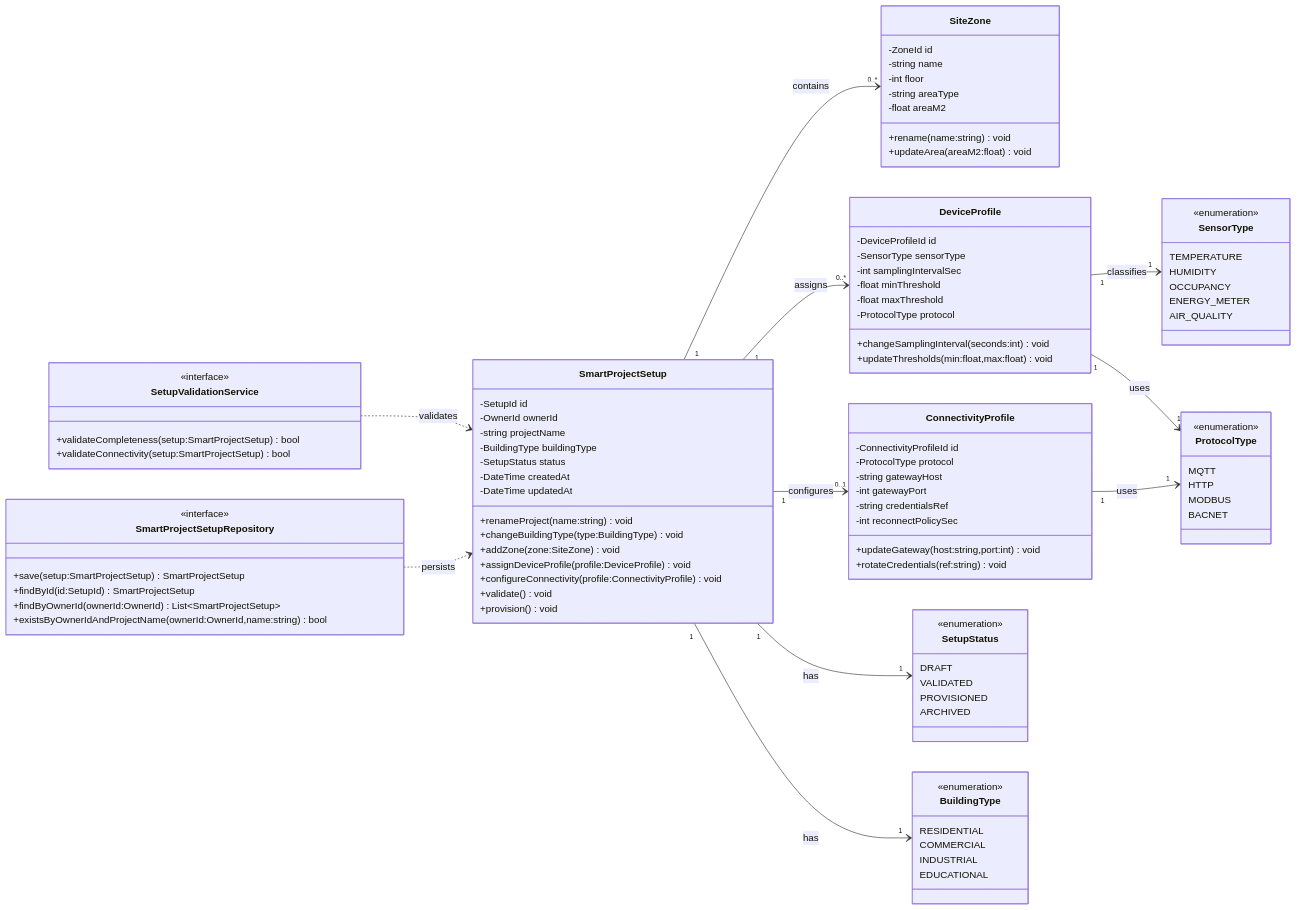
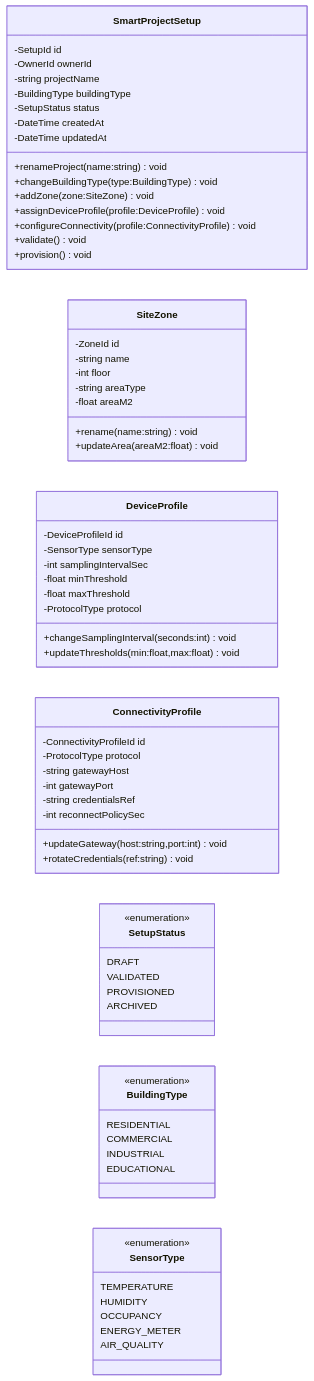
The first of 8 diagrams in README.md (CcaritaTech/Report), drawn with Mermaid before and after one commit. The commit also changed other lines of this file, not shown here.

First line of the commit message:
feat: Embed hidden mermaid + add diagram images

````diff
--- a/README.md
+++ b/README.md
@@ -559,111 +561,78 @@
-```mermaid
-classDiagram
-direction LR
+    ```mermaid
+    classDiagram
+    direction LR
 
-class SmartProjectSetup {
-    -SetupId id
-    -OwnerId ownerId
-    -string projectName
-    -BuildingType buildingType
-    -SetupStatus status
-    -DateTime createdAt
-    -DateTime updatedAt
-    +renameProject(name:string) void
-    +changeBuildingType(type:BuildingType) void
-    +addZone(zone:SiteZone) void
-    +assignDeviceProfile(profile:DeviceProfile) void
-    +configureConnectivity(profile:ConnectivityProfile) void
-    +validate() void
-    +provision() void
-}
+    class SmartProjectSetup {
+        -SetupId id
+        -OwnerId ownerId
+        -string projectName
+        -BuildingType buildingType
+        -SetupStatus status
+        -DateTime createdAt
+        -DateTime updatedAt
+        +renameProject(name:string) void
+        +changeBuildingType(type:BuildingType) void
+        +addZone(zone:SiteZone) void
+        +assignDeviceProfile(profile:DeviceProfile) void
+        +configureConnectivity(profile:ConnectivityProfile) void
+        +validate() void
+        +provision() void
+    }
 
-class SiteZone {
-    -ZoneId id
-    -string name
-    -int floor
-    -string areaType
-    -float areaM2
-    +rename(name:string) void
-    +updateArea(areaM2:float) void
-}
+    class SiteZone {
+        -ZoneId id
+        -string name
+        -int floor
+        -string areaType
+        -float areaM2
+        +rename(name:string) void
+        +updateArea(areaM2:float) void
+    }
 
-class DeviceProfile {
-    -DeviceProfileId id
-    -SensorType sensorType
-    -int samplingIntervalSec
-    -float minThreshold
-    -float maxThreshold
-    -ProtocolType protocol
-    +changeSamplingInterval(seconds:int) void
-    +updateThresholds(min:float,max:float) void
-}
+    class DeviceProfile {
+        -DeviceProfileId id
+        -SensorType sensorType
+        -int samplingIntervalSec
+        -float minThreshold
+        -float maxThreshold
+        -ProtocolType protocol
+        +changeSamplingInterval(seconds:int) void
+        +updateThresholds(min:float,max:float) void
+    }
 
-class ConnectivityProfile {
-    -ConnectivityProfileId id
-    -ProtocolType protocol
-    -string gatewayHost
-    -int gatewayPort
-    -string credentialsRef
-    -int reconnectPolicySec
-    +updateGateway(host:string,port:int) void
-    +rotateCredentials(ref:string) void
-}
+    class ConnectivityProfile {
+        -ConnectivityProfileId id
+        -ProtocolType protocol
+        -string gatewayHost
+        -int gatewayPort
+        -string credentialsRef
+        -int reconnectPolicySec
+        +updateGateway(host:string,port:int) void
+        +rotateCredentials(ref:string) void
+    }
 
-class SetupStatus {
-    <<enumeration>>
-    DRAFT
-    VALIDATED
-    PROVISIONED
-    ARCHIVED
-}
+    class SetupStatus {
+        <<enumeration>>
+        DRAFT
+        VALIDATED
+        PROVISIONED
+        ARCHIVED
+    }
 
-class BuildingType {
-    <<enumeration>>
-    RESIDENTIAL
-    COMMERCIAL
-    INDUSTRIAL
-    EDUCATIONAL
-}
+    class BuildingType {
+        <<enumeration>>
+        RESIDENTIAL
+        COMMERCIAL
+        INDUSTRIAL
+        EDUCATIONAL
+    }
 
-class SensorType {
-    <<enumeration>>
-    TEMPERATURE
-    HUMIDITY
-    OCCUPANCY
-    ENERGY_METER
-    AIR_QUALITY
-}
-
-class ProtocolType {
-    <<enumeration>>
-    MQTT
-    HTTP
-    MODBUS
-    BACNET
-}
-
-class SmartProjectSetupRepository {
-    <<interface>>
-    +save(setup:SmartProjectSetup) SmartProjectSetup
-    +findById(id:SetupId) SmartProjectSetup
-    +findByOwnerId(ownerId:OwnerId) List~SmartProjectSetup~
-    +existsByOwnerIdAndProjectName(ownerId:OwnerId,name:string) bool
-}
-
-class SetupValidationService {
-    <<interface>>
-    +validateCompleteness(setup:SmartProjectSetup) bool
-    +validateConnectivity(setup:SmartProjectSetup) bool
-}
-
-SmartProjectSetup "1" --> "0..*" SiteZone : contains
-SmartProjectSetup "1" --> "0..*" DeviceProfile : assigns
-SmartProjectSetup "1" --> "0..1" ConnectivityProfile : configures
-DeviceProfile "1" --> "1" SensorType : classifies
-DeviceProfile "1" --> "1" ProtocolType : uses
-ConnectivityProfile "1" --> "1" ProtocolType : uses
-SmartProjectSetup "1" --> "1" SetupStatus : has
-SmartProjectSetup "1" --> "1" BuildingType : has
-SetupValidationService ..> SmartProjectSetup : validates
-SmartProjectSetupRepository ..> SmartProjectSetup : persists
-```
+    class SensorType {
+        <<enumeration>>
+        TEMPERATURE
+        HUMIDITY
+        OCCUPANCY
+        ENERGY_METER
+        AIR_QUALITY
+    }
+    ```
````
